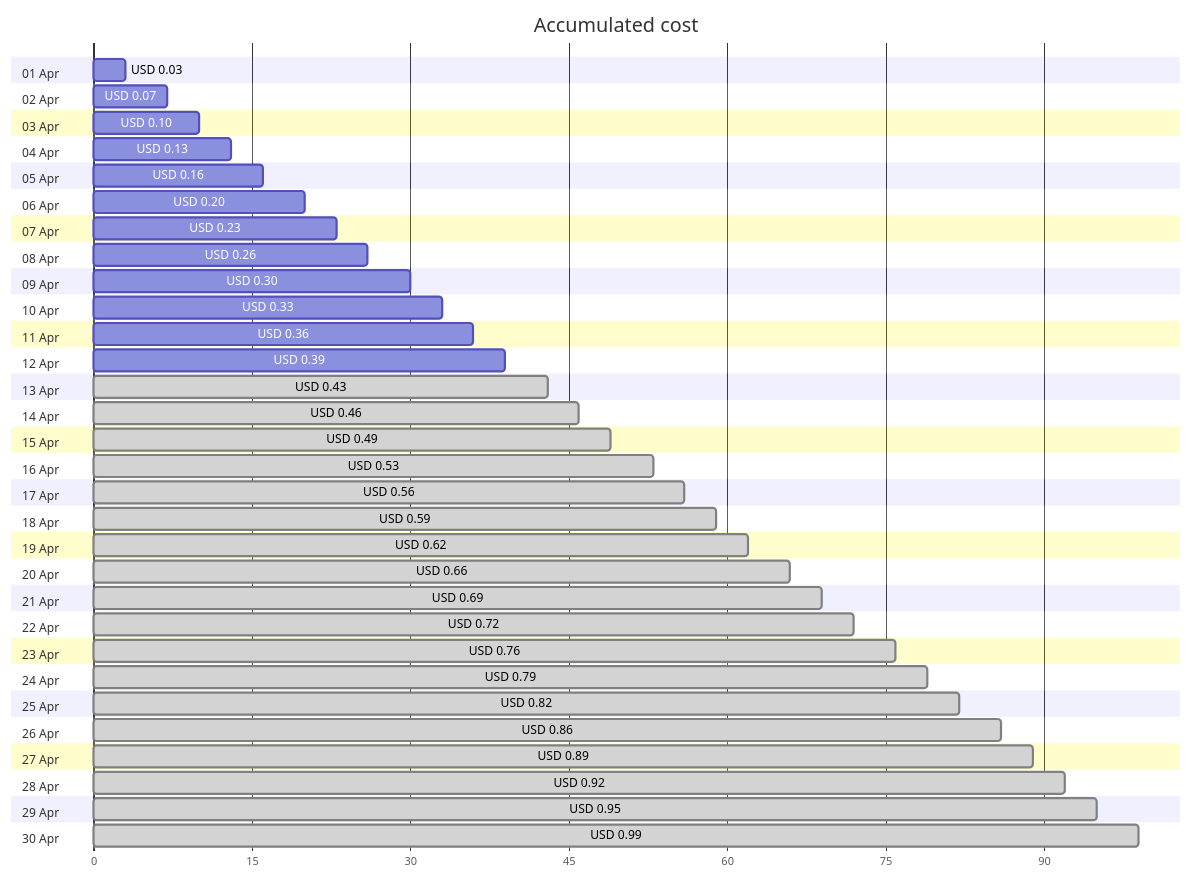
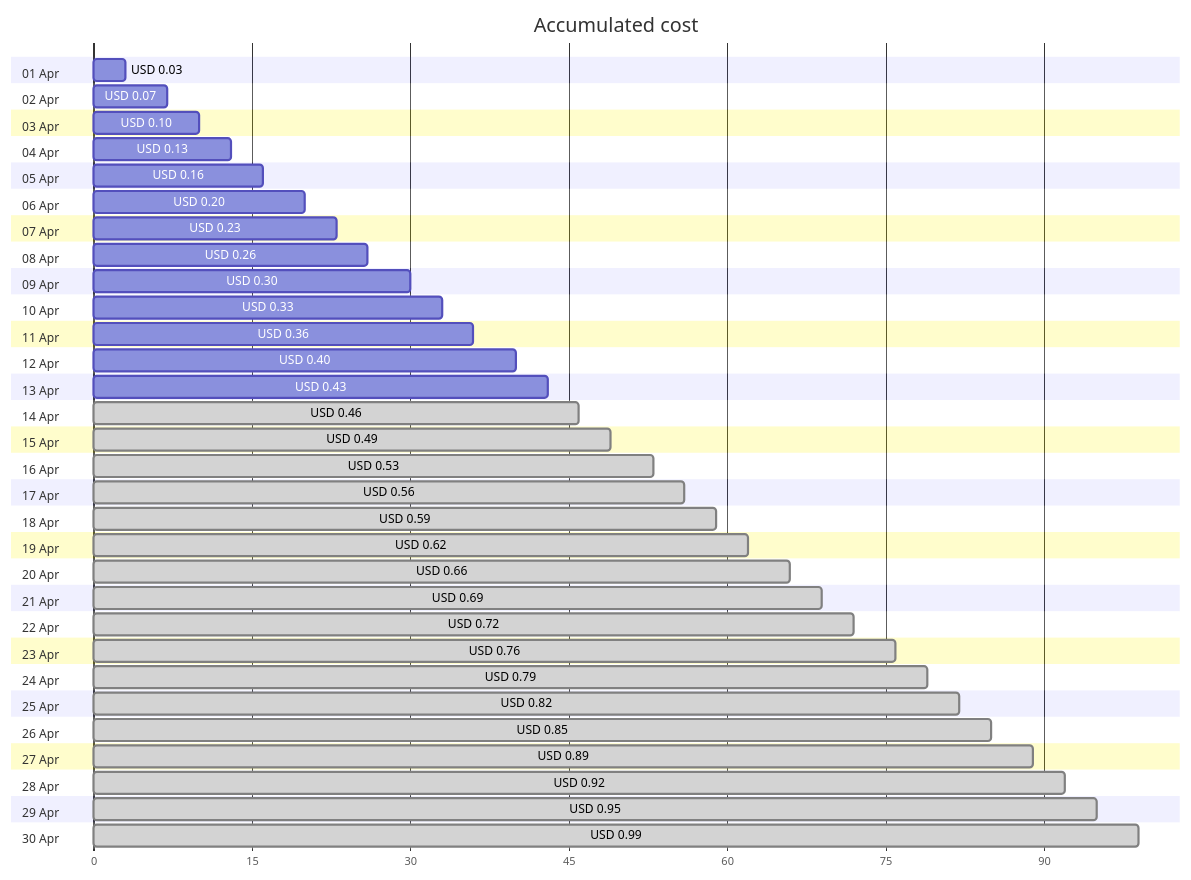
The first of 4 diagrams in cost-reports/personal-dns/README.md (jpfulton/azure-personal-reports), drawn with Mermaid before and after one commit. The commit also changed other lines of this file and 2 other files, not shown here.

````diff
--- a/cost-reports/personal-dns/README.md
+++ b/cost-reports/personal-dns/README.md
@@ -20,66 +20,66 @@
 ```mermaid
 gantt
    title Accumulated cost
    dateFormat  X
    axisFormat %s
    section 01 Apr
    USD 0.03 :0, 3
    section 02 Apr
    USD 0.07 :0, 7
    section 03 Apr
    USD 0.10 :0, 10
    section 04 Apr
    USD 0.13 :0, 13
    section 05 Apr
    USD 0.16 :0, 16
    section 06 Apr
    USD 0.20 :0, 20
    section 07 Apr
    USD 0.23 :0, 23
    section 08 Apr
    USD 0.26 :0, 26
    section 09 Apr
    USD 0.30 :0, 30
    section 10 Apr
    USD 0.33 :0, 33
    section 11 Apr
    USD 0.36 :0, 36
    section 12 Apr
-   USD 0.39 :0, 39
+   USD 0.40 :0, 40
    section 13 Apr
-   USD 0.43 : done, 0, 43
+   USD 0.43 :0, 43
    section 14 Apr
    USD 0.46 : done, 0, 46
    section 15 Apr
    USD 0.49 : done, 0, 49
    section 16 Apr
    USD 0.53 : done, 0, 53
    section 17 Apr
    USD 0.56 : done, 0, 56
    section 18 Apr
    USD 0.59 : done, 0, 59
    section 19 Apr
    USD 0.62 : done, 0, 62
    section 20 Apr
    USD 0.66 : done, 0, 66
    section 21 Apr
    USD 0.69 : done, 0, 69
    section 22 Apr
    USD 0.72 : done, 0, 72
    section 23 Apr
    USD 0.76 : done, 0, 76
    section 24 Apr
    USD 0.79 : done, 0, 79
    section 25 Apr
    USD 0.82 : done, 0, 82
    section 26 Apr
-   USD 0.86 : done, 0, 86
+   USD 0.85 : done, 0, 85
    section 27 Apr
    USD 0.89 : done, 0, 89
    section 28 Apr
    USD 0.92 : done, 0, 92
    section 29 Apr
    USD 0.95 : done, 0, 95
    section 30 Apr
    USD 0.99 : done, 0, 99
 ```
````
